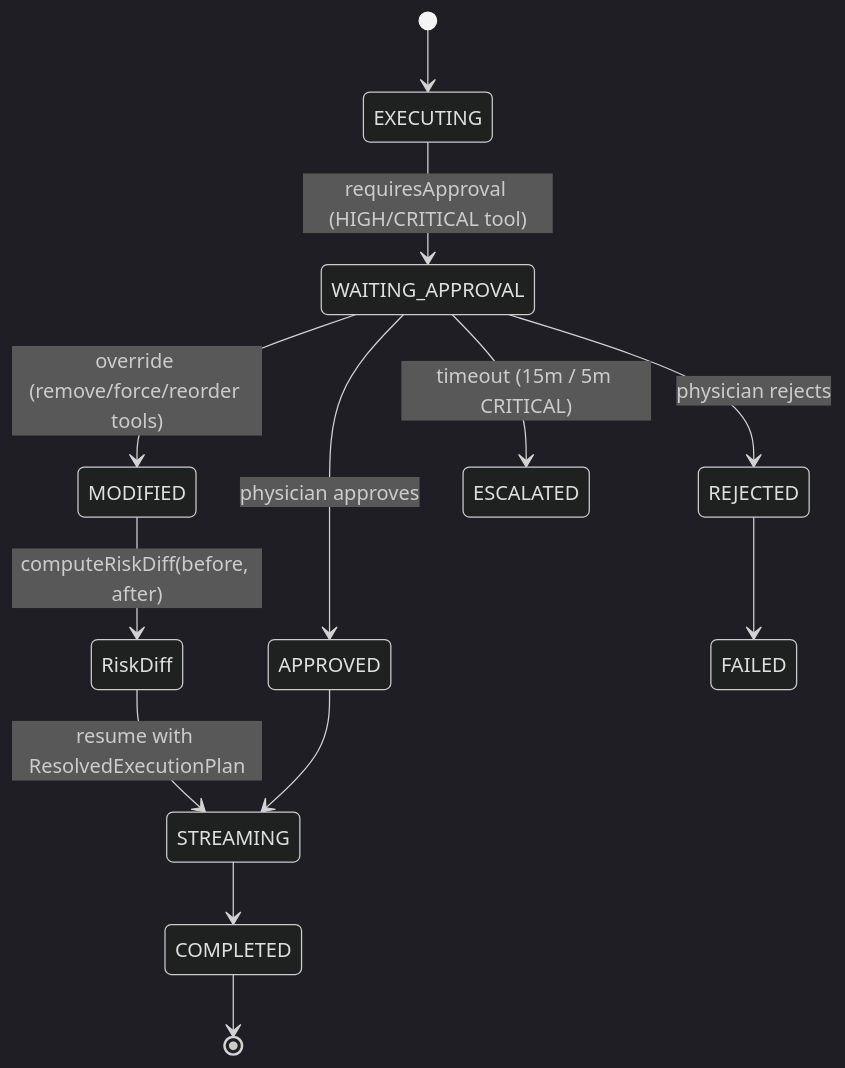
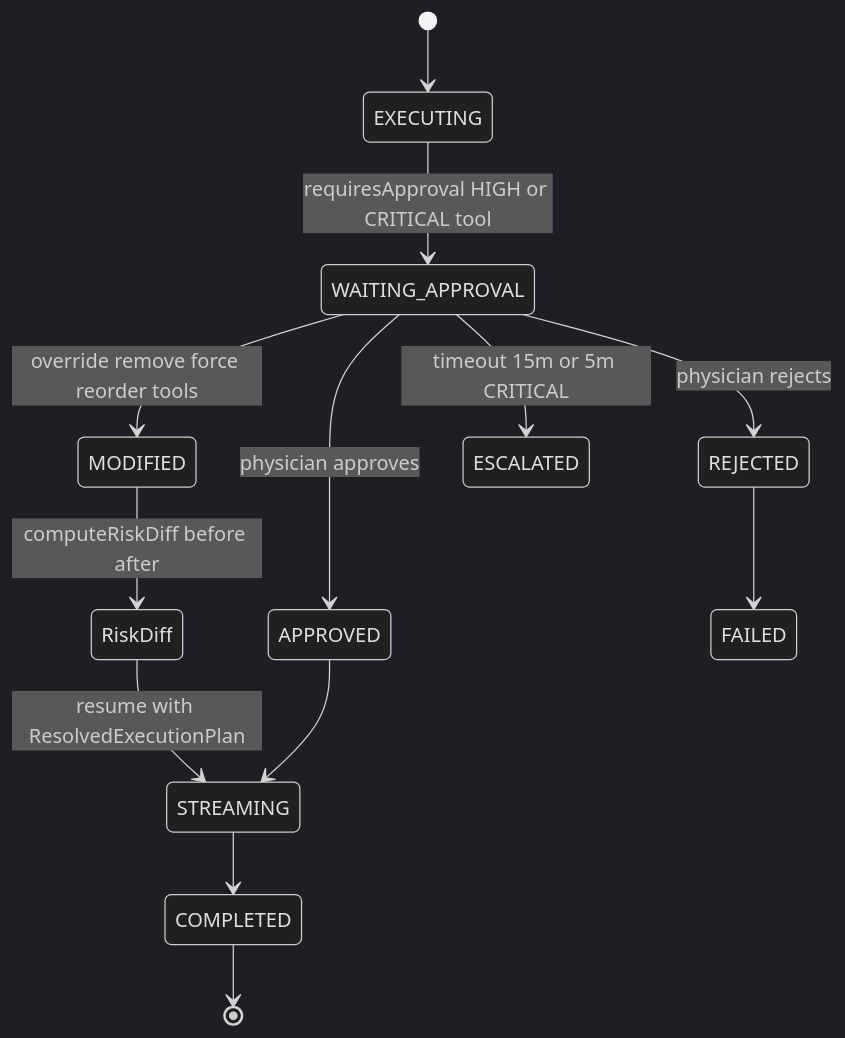
The fourth of 4 diagrams in README.md (vdfs89/Aether_Oncology), drawn with Mermaid (dark theme) before and after one commit. The commit also changed other lines of this file and 1 other file, not shown here.

First line of the commit message:
docs(readme): fix Mermaid diagrams not rendering on GitHub

````diff
--- a/README.md
+++ b/README.md
@@ -318,15 +318,15 @@
 ```mermaid
 stateDiagram-v2
     [*] --> EXECUTING
-    EXECUTING --> WAITING_APPROVAL: requiresApproval (HIGH/CRITICAL tool)
+    EXECUTING --> WAITING_APPROVAL: requiresApproval HIGH or CRITICAL tool
     WAITING_APPROVAL --> APPROVED: physician approves
     WAITING_APPROVAL --> REJECTED: physician rejects
-    WAITING_APPROVAL --> MODIFIED: override (remove/force/reorder tools)
-    WAITING_APPROVAL --> ESCALATED: timeout (15m / 5m CRITICAL)
-    MODIFIED --> RiskDiff: computeRiskDiff(before, after)
+    WAITING_APPROVAL --> MODIFIED: override remove force reorder tools
+    WAITING_APPROVAL --> ESCALATED: timeout 15m or 5m CRITICAL
+    MODIFIED --> RiskDiff: computeRiskDiff before after
     RiskDiff --> STREAMING: resume with ResolvedExecutionPlan
     APPROVED --> STREAMING
     REJECTED --> FAILED
     STREAMING --> COMPLETED
     COMPLETED --> [*]
 ```
````
